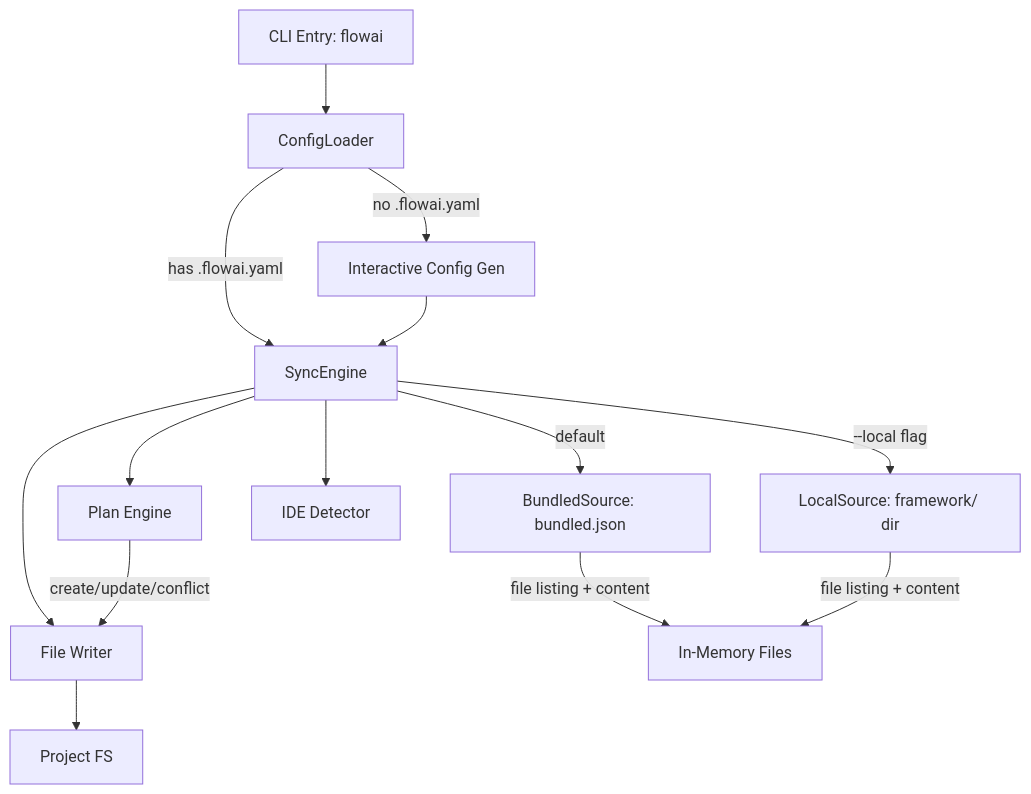
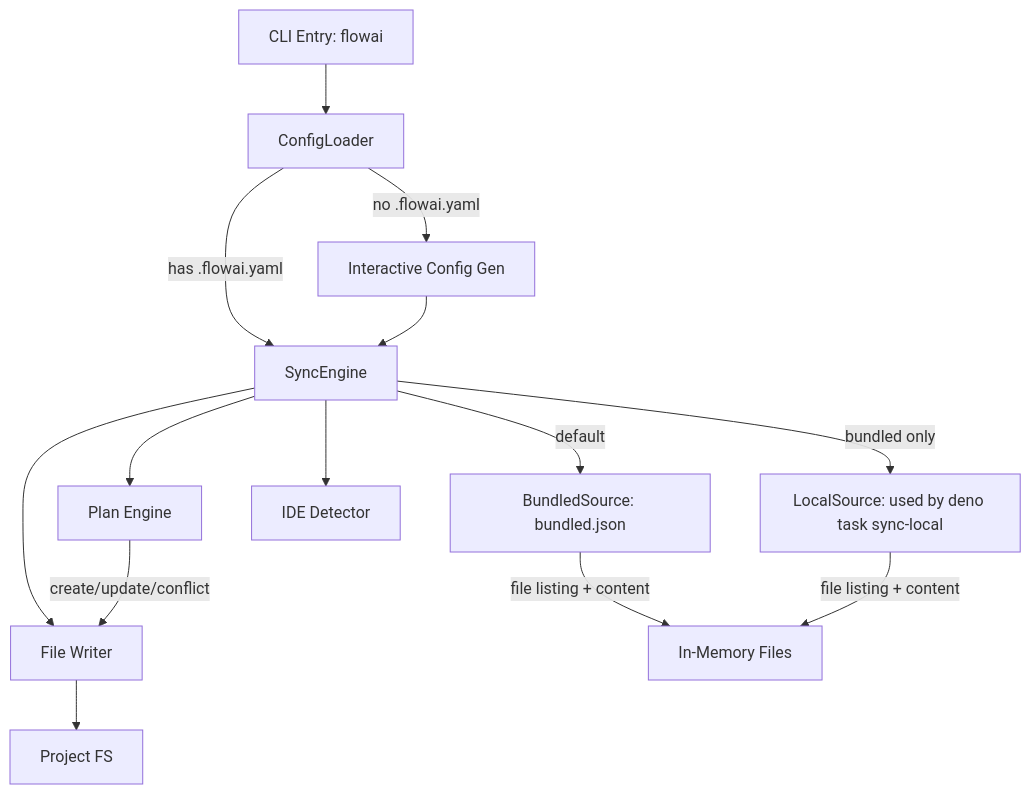
The second of 2 diagrams in documents/design.md (korchasa/flow), drawn with Mermaid before and after one commit. The commit also changed other lines of this file and 8 other files, not shown here.

First line of the commit message:
refactor(cli): extract local sync into standalone deno task

````diff
--- a/documents/design.md
+++ b/documents/design.md
@@ -155,16 +155,16 @@
 ```mermaid
 graph TD
     CLI[CLI Entry: flowai] --> ConfigLoader
     ConfigLoader -->|no .flowai.yaml| ConfigGenerator[Interactive Config Gen]
     ConfigLoader -->|has .flowai.yaml| SyncEngine
     ConfigGenerator --> SyncEngine
     SyncEngine -->|default| BundledSrc[BundledSource: bundled.json]
-    SyncEngine -->|--local flag| LocalSrc[LocalSource: framework/ dir]
+    SyncEngine -->|bundled only| LocalSrc[LocalSource: used by deno task sync-local]
     SyncEngine --> IdeDetector[IDE Detector]
     SyncEngine --> PlanEngine[Plan Engine]
     SyncEngine --> FileWriter[File Writer]
     BundledSrc -->|file listing + content| Memory[In-Memory Files]
     LocalSrc -->|file listing + content| Memory
     PlanEngine -->|create/update/conflict| FileWriter
     FileWriter --> FS[Project FS]
 ```
````
